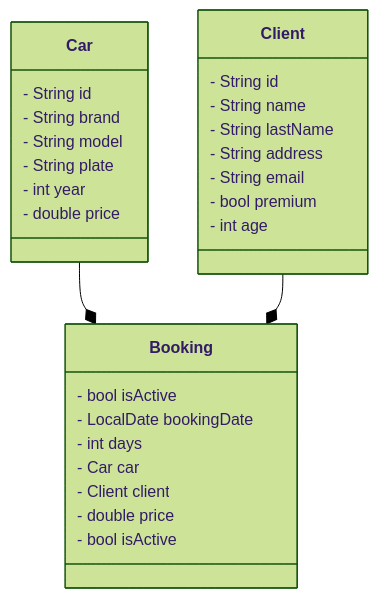
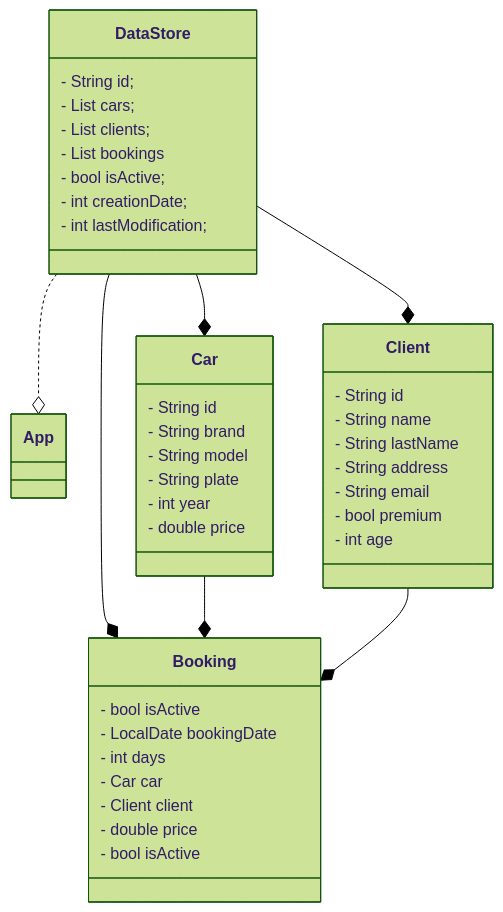
One commit to AlbertProfe/rentingCarTest changed the second of 2 diagrams in docs/rentingCarv1.md. Above: the diagram before and after it, drawn with Mermaid (forest theme). The commit also changed other lines of this file, not shown here.

Commit message:
docs: v1.3, final static and dataStore class

````diff
--- a/docs/rentingCarv1.md
+++ b/docs/rentingCarv1.md
@@ -123,34 +207,56 @@
 ```mermaid
 classDiagram
+    class App {
+    
+    } 
 
     class Car{
       - String id
       - String brand
       - String model
       - String plate
       - int year
       - double price
     }
     class Client{
       - String id
       - String name
       - String lastName
       - String address
       - String email
       - bool premium
       - int age
     }
     class Booking{
       - bool isActive
       - LocalDate bookingDate
       - int days
       - Car car
       - Client client
       - double price
       - bool isActive  
 
     }
 
+    class DataStore {
+
+    - String id;
+    - List<Car> cars;
+    - List<Client> clients;
+    - List <Booking> bookings
+    - bool isActive;
+    - int creationDate;
+    - int lastModification;
+
+   
+     }
+
+     
+
+    DataStore ..o App
+    DataStore --* Car
+    DataStore --* Booking
+    DataStore --* Client
     Car --* Booking
     Client --* Booking
 ```
````
